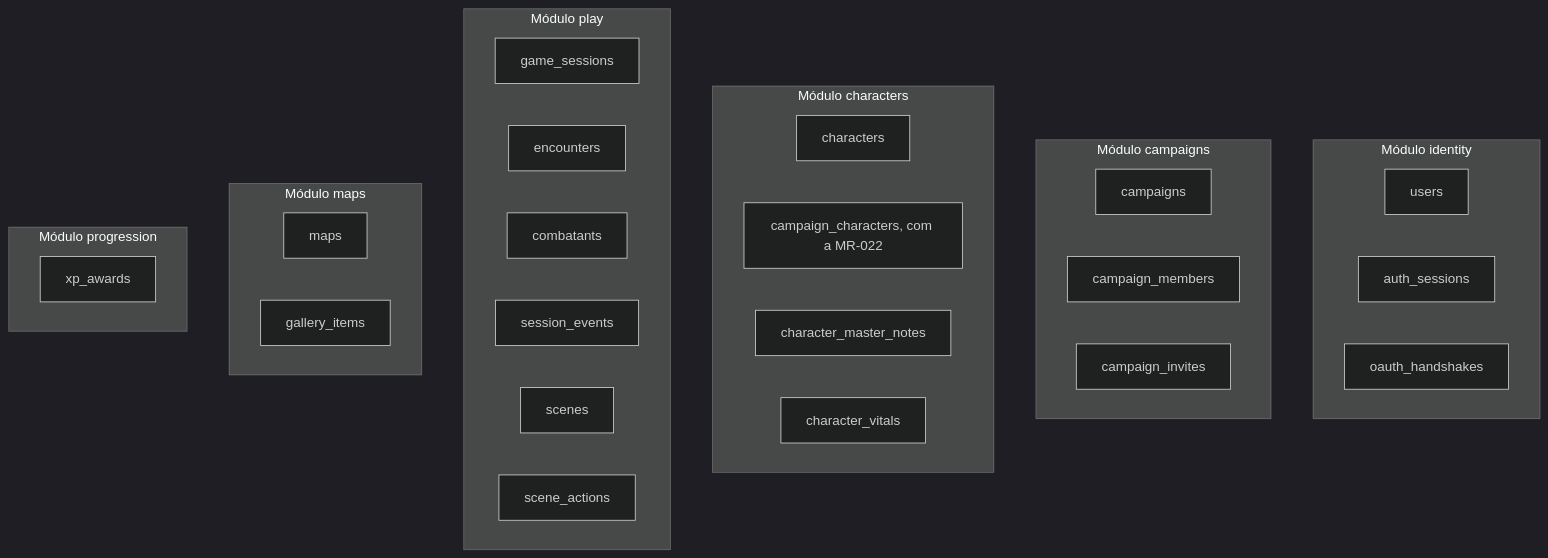
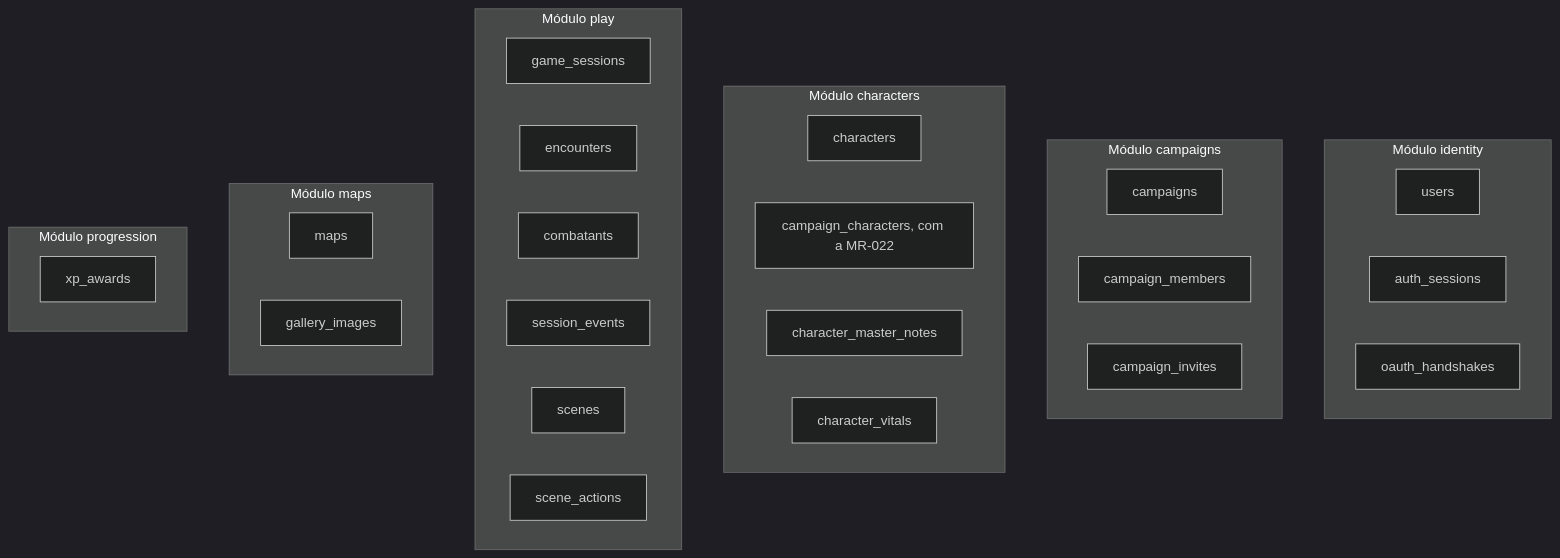
One commit to PuraFome/meuRPG changed the second of 3 diagrams in docs/dados.md. Above: the diagram before and after it, drawn with Mermaid (dark theme). The commit also changed other lines of this file and 49 other files, not shown here.

````diff
--- a/docs/dados.md
+++ b/docs/dados.md
@@ -237,39 +238,39 @@
 ```mermaid
 flowchart TD
     subgraph identity["Módulo identity"]
         t_users["users"]
         t_auth_sessions["auth_sessions"]
         t_oauth_handshakes["oauth_handshakes"]
     end
 
     subgraph campaigns_mod["Módulo campaigns"]
         t_campaigns["campaigns"]
         t_campaign_members["campaign_members"]
         t_campaign_invites["campaign_invites"]
     end
 
     subgraph characters_mod["Módulo characters"]
         t_characters["characters"]
         t_campaign_characters["campaign_characters, com a MR-022"]
         t_character_master_notes["character_master_notes"]
         t_character_vitals["character_vitals"]
     end
 
     subgraph play["Módulo play"]
         t_game_sessions["game_sessions"]
         t_encounters["encounters"]
         t_combatants["combatants"]
         t_session_events["session_events"]
         t_scenes["scenes"]
         t_scene_actions["scene_actions"]
     end
 
     subgraph maps_mod["Módulo maps"]
         t_maps["maps"]
-        t_gallery_items["gallery_items"]
+        t_gallery_images["gallery_images"]
     end
 
     subgraph progression["Módulo progression"]
         t_xp_awards["xp_awards"]
     end
 ```
````
